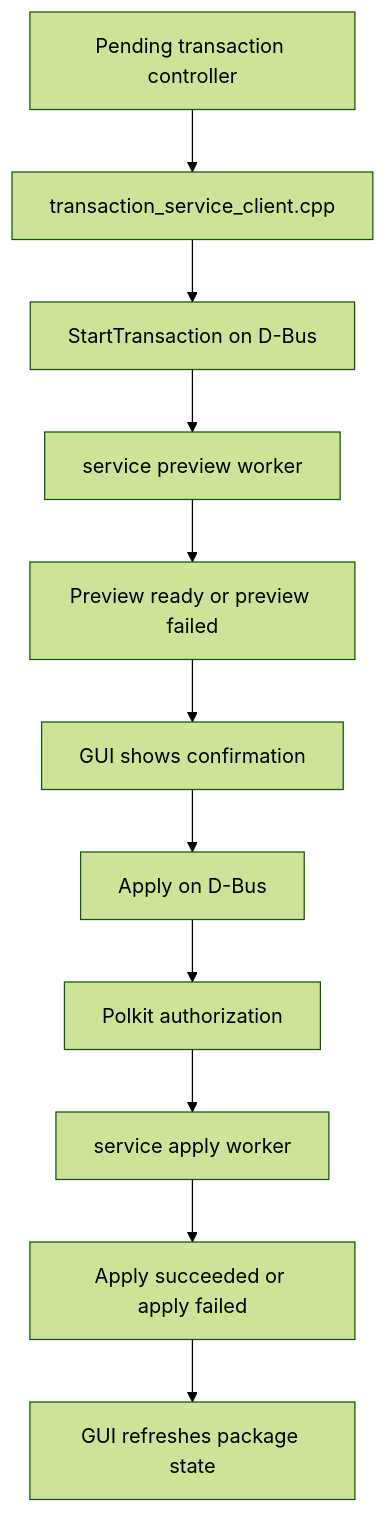
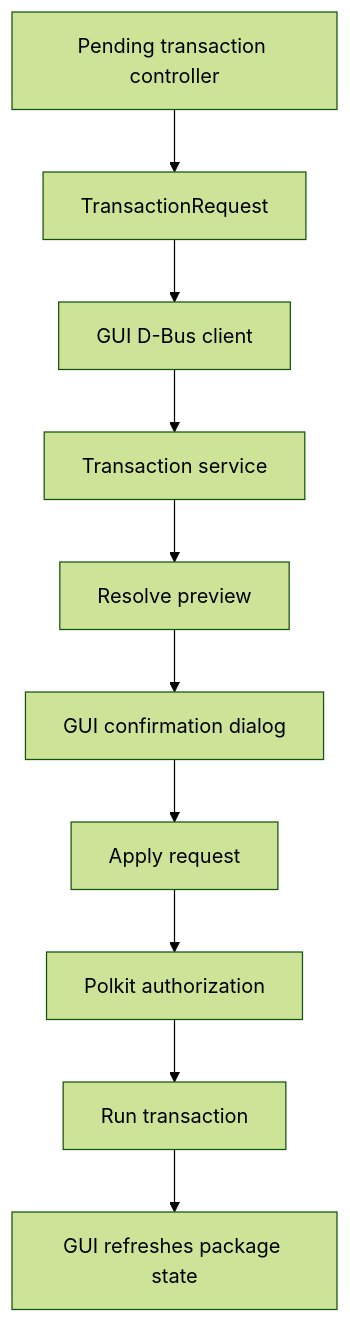
One commit to ErikMN/dnf_ui changed the fourth of 4 diagrams in docs/architecture.md. Above: the diagram before and after it, drawn with Mermaid (forest theme). The commit also changed other lines of this file and 39 other files, not shown here.

````diff
--- a/docs/architecture.md
+++ b/docs/architecture.md
@@ -206,13 +155,12 @@
 ```mermaid
 flowchart TD
-    A[Pending transaction controller] --> B[transaction_service_client.cpp]
-    B --> C[StartTransaction on D-Bus]
-    C --> D[service preview worker]
-    D --> E[Preview ready or preview failed]
-    E --> F[GUI shows confirmation]
-    F --> G[Apply on D-Bus]
-    G --> H[Polkit authorization]
-    H --> I[service apply worker]
-    I --> J[Apply succeeded or apply failed]
-    J --> K[GUI refreshes package state]
+    Pending[Pending transaction controller] --> Request[TransactionRequest]
+    Request --> Client[GUI D-Bus client]
+    Client --> Service[Transaction service]
+    Service --> Preview[Resolve preview]
+    Preview --> Confirm[GUI confirmation dialog]
+    Confirm --> Apply[Apply request]
+    Apply --> Auth[Polkit authorization]
+    Auth --> Run[Run transaction]
+    Run --> Refresh[GUI refreshes package state]
 ```
````
